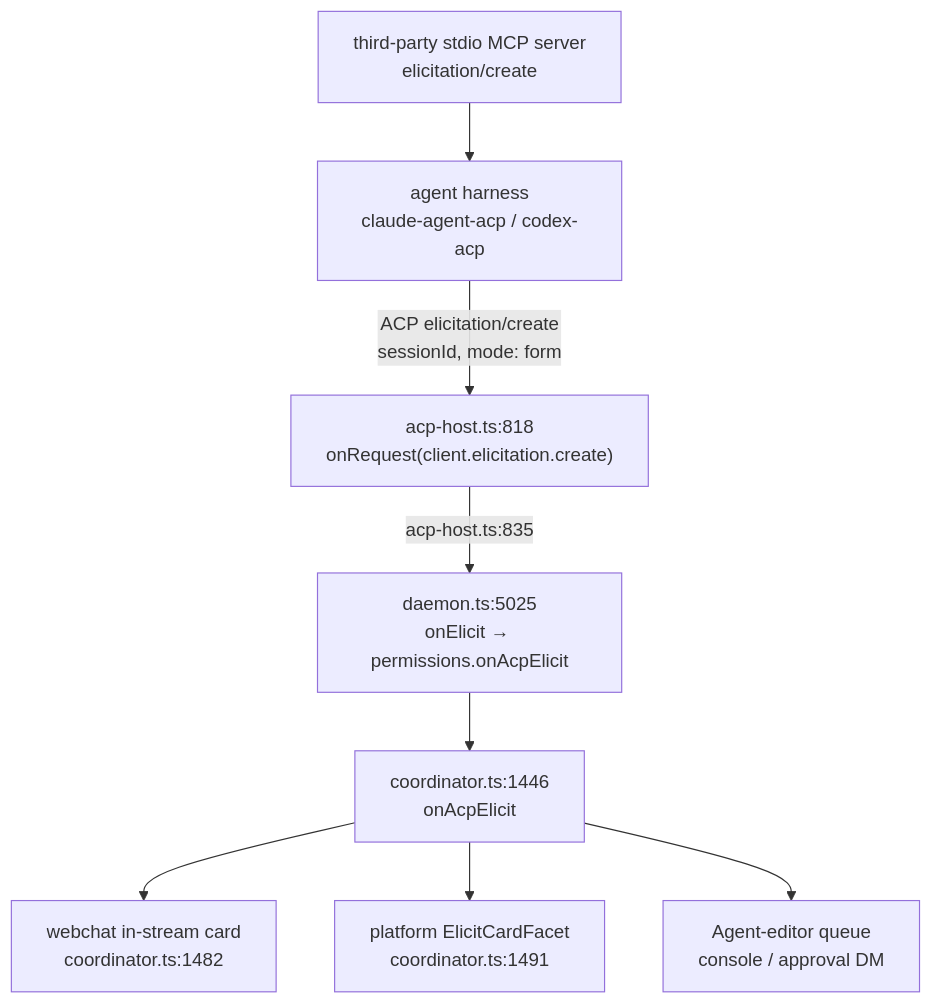
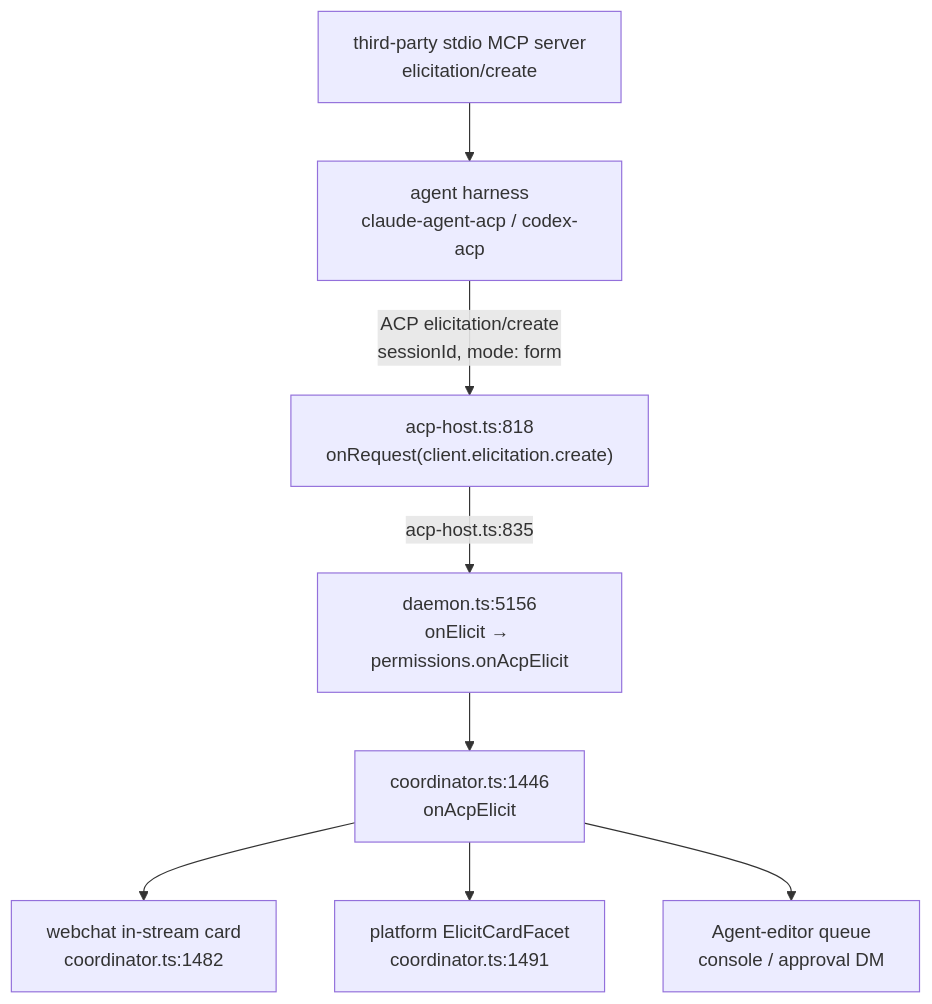
One commit to agentconnect-md/agentconnect changed the diagram in docs/designs/mcp-elicitation.md. Above: the diagram before and after it, drawn with Mermaid. The commit also changed other lines of this file, not shown here.

````diff
--- a/docs/designs/mcp-elicitation.md
+++ b/docs/designs/mcp-elicitation.md
@@ -159,10 +191,10 @@
 ```mermaid
 flowchart TD
   S["third-party stdio MCP server<br/>elicitation/create"] --> H["agent harness<br/>claude-agent-acp / codex-acp"]
   H -->|"ACP elicitation/create<br/>sessionId, mode: form"| A["acp-host.ts:818<br/>onRequest(client.elicitation.create)"]
-  A -->|"acp-host.ts:835"| D["daemon.ts:5025<br/>onElicit → permissions.onAcpElicit"]
+  A -->|"acp-host.ts:835"| D["daemon.ts:5156<br/>onElicit → permissions.onAcpElicit"]
   D --> C["coordinator.ts:1446<br/>onAcpElicit"]
   C --> W["webchat in-stream card<br/>coordinator.ts:1482"]
   C --> P["platform ElicitCardFacet<br/>coordinator.ts:1491"]
   C --> E["Agent-editor queue<br/>console / approval DM"]
 ```
````
